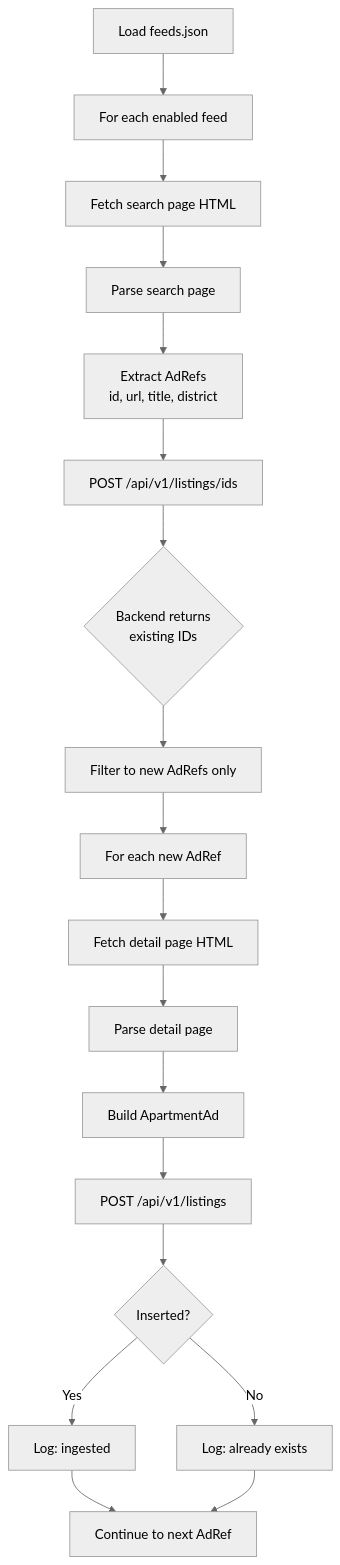
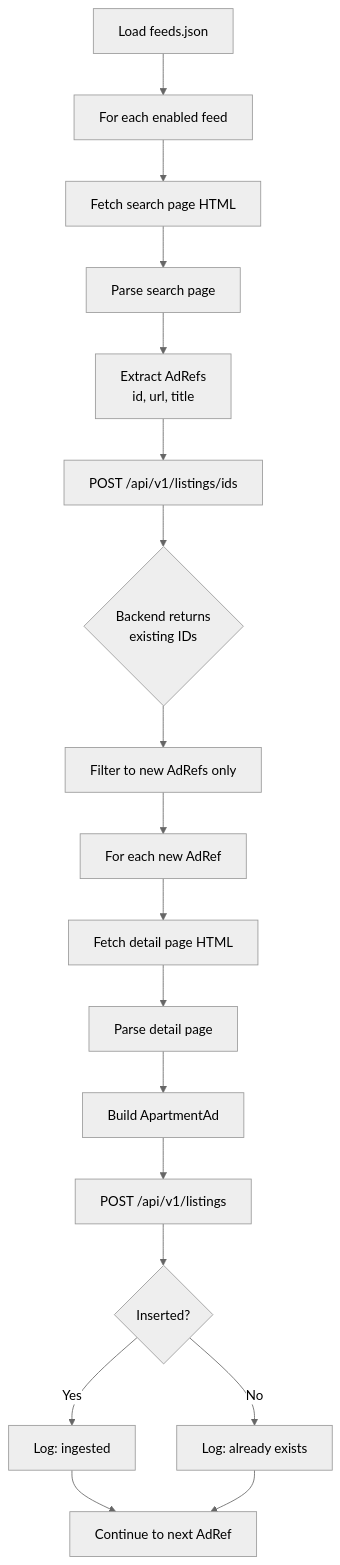
One commit to mathiswi/flat-radar changed the second of 4 diagrams in docs/pipeline.md. Above: the diagram before and after it, drawn with Mermaid (neutral theme). The commit also changed other lines of this file and 6 other files, not shown here.

````diff
--- a/docs/pipeline.md
+++ b/docs/pipeline.md
@@ -45,20 +45,20 @@
 ```mermaid
 flowchart TD
     A[Load feeds.json] --> B[For each enabled feed]
     B --> C[Fetch search page HTML]
     C --> D[Parse search page]
-    D --> E[Extract AdRefs<br/>id, url, title, district]
+    D --> E[Extract AdRefs<br/>id, url, title]
     E --> F[POST /api/v1/listings/ids]
     F --> G{Backend returns<br/>existing IDs}
     G --> H[Filter to new AdRefs only]
     H --> I[For each new AdRef]
     I --> J[Fetch detail page HTML]
     J --> K[Parse detail page]
     K --> L[Build ApartmentAd]
     L --> M[POST /api/v1/listings]
     M --> N{Inserted?}
     N -->|Yes| O[Log: ingested]
     N -->|No| P[Log: already exists]
     O --> Q[Continue to next AdRef]
     P --> Q
 ```
````
